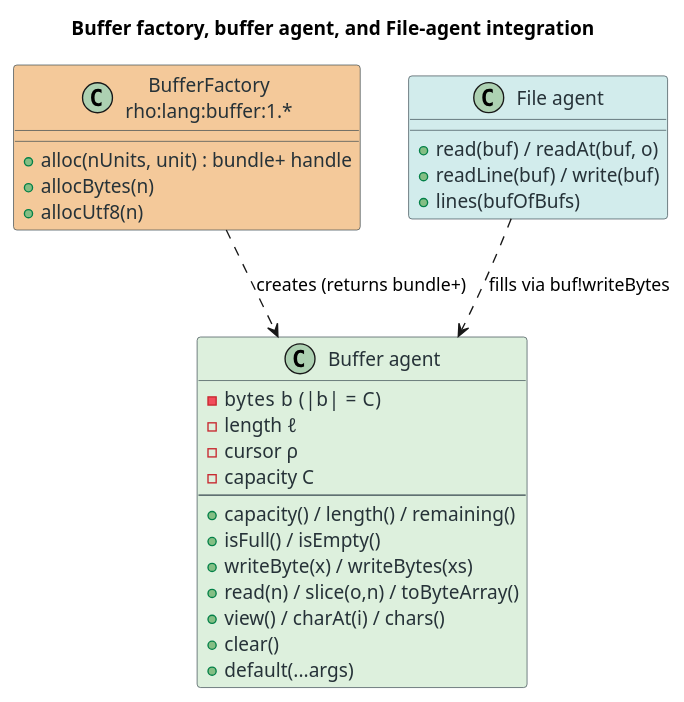
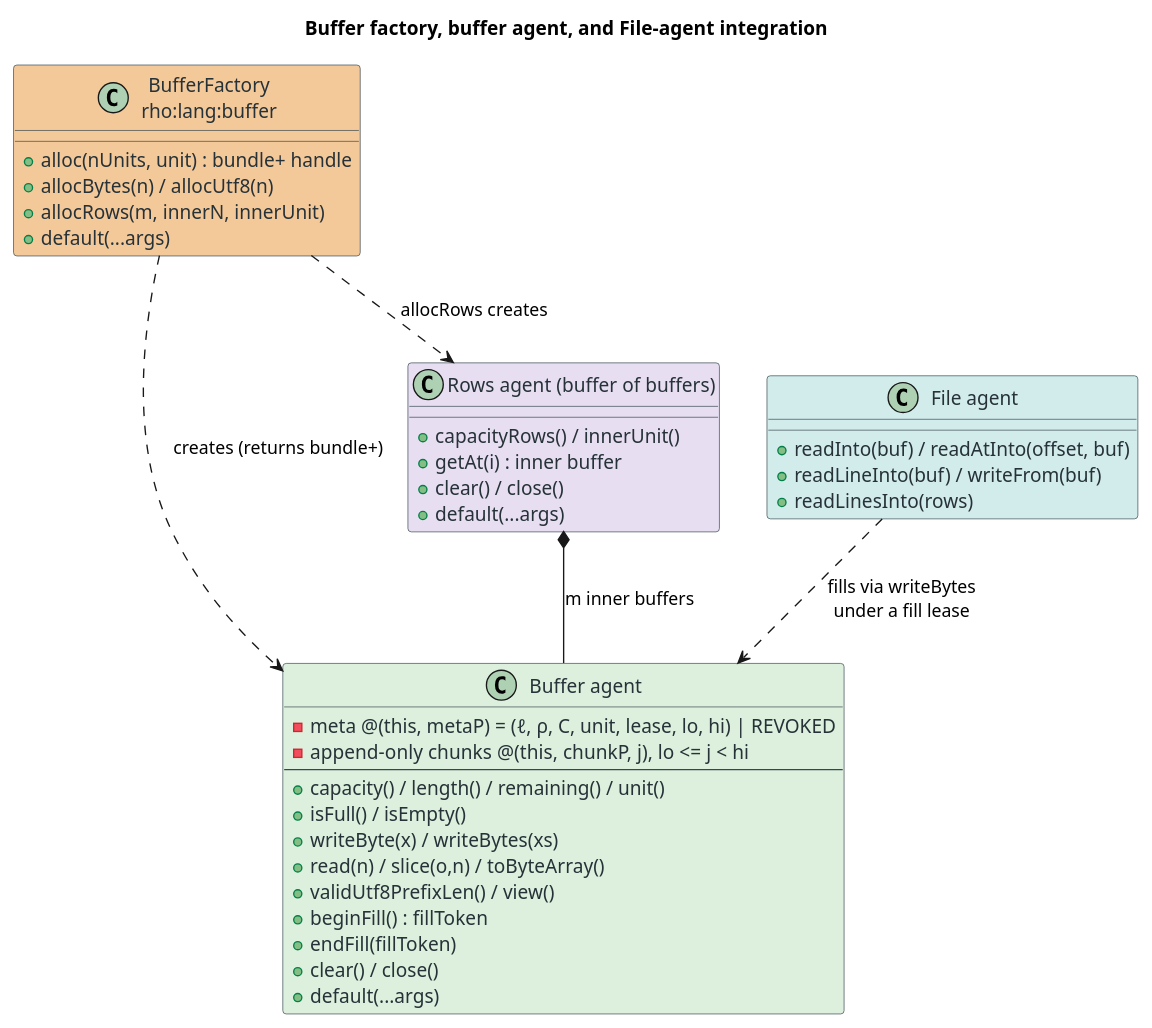
The diagram in under-review/2026-07-23-Fixed-Size-Byte-Buffer-Primitive/diagrams/d7-class.puml (F1R3FLY-io/FIPS), drawn with PlantUML before and after one commit. The commit also changed 20 other files, not shown here.

```diff
--- a/under-review/2026-07-23-Fixed-Size-Byte-Buffer-Primitive/diagrams/d7-class.puml
+++ b/under-review/2026-07-23-Fixed-Size-Byte-Buffer-Primitive/diagrams/d7-class.puml
@@ -1,35 +1,44 @@
 @startuml
 title Buffer factory, buffer agent, and File-agent integration
 skinparam backgroundColor #FFFFFF
 skinparam shadowing false
 skinparam ClassBorderColor #37474F
 skinparam ClassBackgroundColor #DDF0DD
 skinparam ClassAttributeFontColor #263238
 
-class "BufferFactory\nrho:lang:buffer:1.*" as Factory #F4C99A {
+class "BufferFactory\nrho:lang:buffer" as Factory #F4C99A {
   + alloc(nUnits, unit) : bundle+ handle
-  + allocBytes(n)
-  + allocUtf8(n)
+  + allocBytes(n) / allocUtf8(n)
+  + allocRows(m, innerN, innerUnit)
+  + default(...args)
 }
 class "Buffer agent" as Buffer {
-  - bytes b   (|b| = C)
-  - length ℓ
-  - cursor ρ
-  - capacity C
+  - meta @(this, metaP) = (ℓ, ρ, C, unit, lease, lo, hi) | REVOKED
+  - append-only chunks @(this, chunkP, j), lo <= j < hi
   --
-  + capacity() / length() / remaining()
+  + capacity() / length() / remaining() / unit()
   + isFull() / isEmpty()
   + writeByte(x) / writeBytes(xs)
   + read(n) / slice(o,n) / toByteArray()
-  + view() / charAt(i) / chars()
-  + clear()
+  + validUtf8PrefixLen() / view()
+  + beginFill() : fillToken
+  + endFill(fillToken)
+  + clear() / close()
+  + default(...args)
+}
+class "Rows agent (buffer of buffers)" as Rows #E7DEF2 {
+  + capacityRows() / innerUnit()
+  + getAt(i) : inner buffer
+  + clear() / close()
   + default(...args)
 }
 class "File agent" as File #D2ECEC {
-  + read(buf) / readAt(buf, o)
-  + readLine(buf) / write(buf)
-  + lines(bufOfBufs)
+  + readInto(buf) / readAtInto(offset, buf)
+  + readLineInto(buf) / writeFrom(buf)
+  + readLinesInto(rows)
 }
 Factory ..> Buffer : creates (returns bundle+)
-File ..> Buffer : fills via buf!writeBytes
+Factory ..> Rows : allocRows creates
+Rows *-- Buffer : m inner buffers
+File ..> Buffer : fills via writeBytes\nunder a fill lease
 @enduml
```
